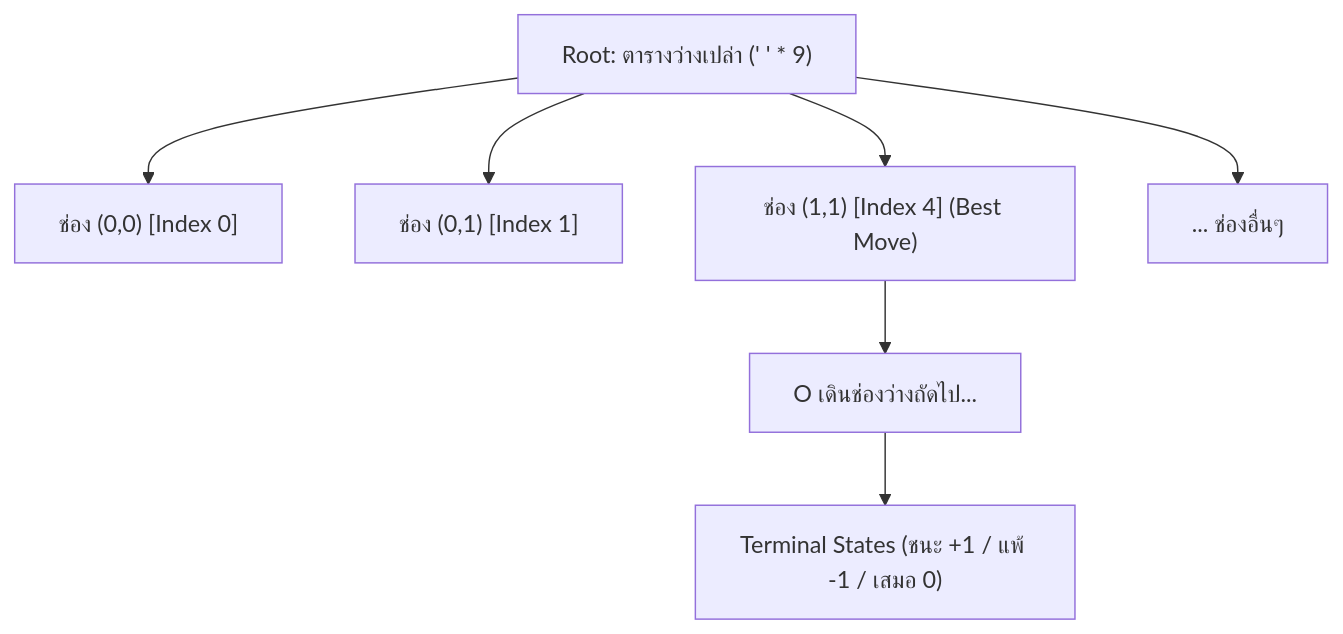
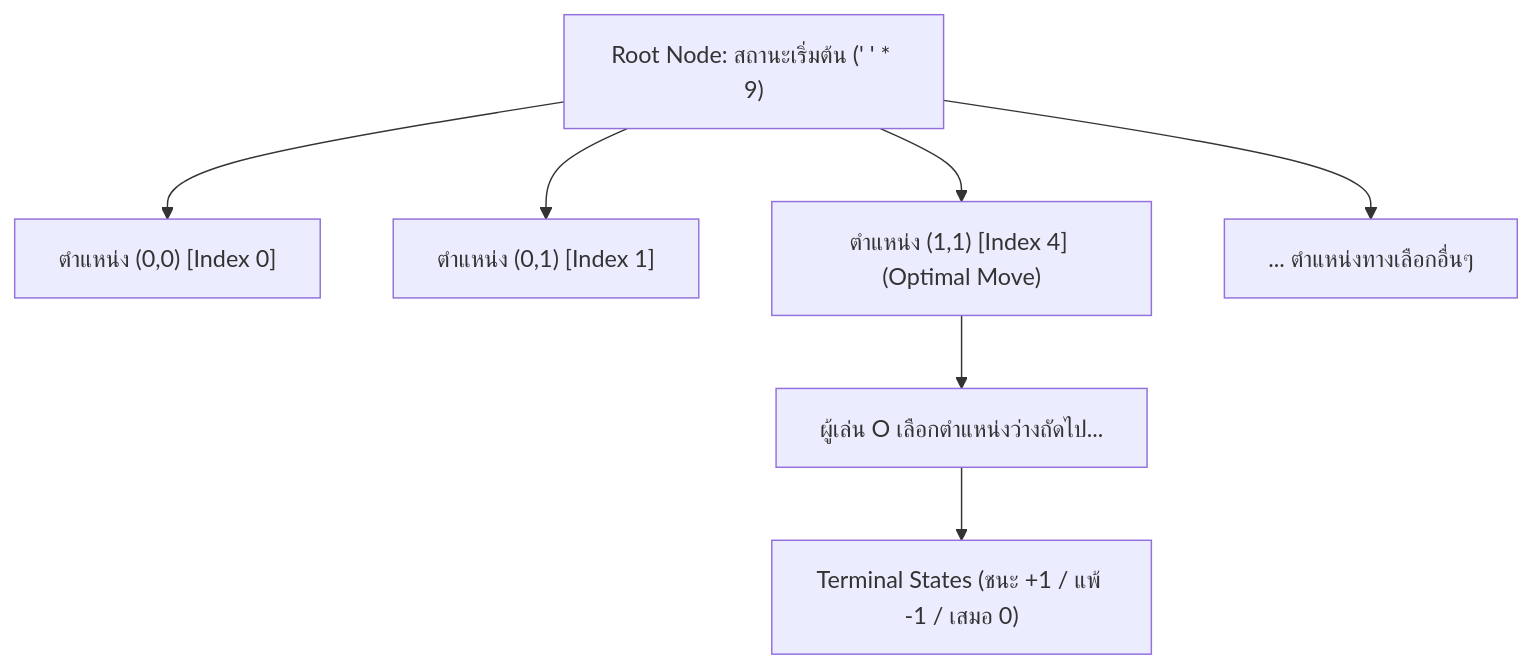
The diagram in README.md (tangpadon/OX-PYTHON-BFS), drawn with Mermaid before and after one commit. The commit also changed other lines of this file, not shown here.

````diff
--- a/README.md
+++ b/README.md
@@ -69,10 +74,10 @@
 ```mermaid
 graph TD
-    Root["Root: ตารางว่างเปล่า (' ' * 9)"] --> L1_1["ช่อง (0,0) [Index 0]"]
-    Root --> L1_2["ช่อง (0,1) [Index 1]"]
-    Root --> L1_5["ช่อง (1,1) [Index 4] (Best Move)"]
-    Root --> L1_9["... ช่องอื่นๆ"]
+    Root["Root Node: สถานะเริ่มต้น (' ' * 9)"] --> L1_1["ตำแหน่ง (0,0) [Index 0]"]
+    Root --> L1_2["ตำแหน่ง (0,1) [Index 1]"]
+    Root --> L1_5["ตำแหน่ง (1,1) [Index 4] (Optimal Move)"]
+    Root --> L1_9["... ตำแหน่งทางเลือกอื่นๆ"]
     
-    L1_5 --> L2_1["O เดินช่องว่างถัดไป..."]
+    L1_5 --> L2_1["ผู้เล่น O เลือกตำแหน่งว่างถัดไป..."]
     L2_1 --> L_terminal["Terminal States (ชนะ +1 / แพ้ -1 / เสมอ 0)"]
 ```
````
